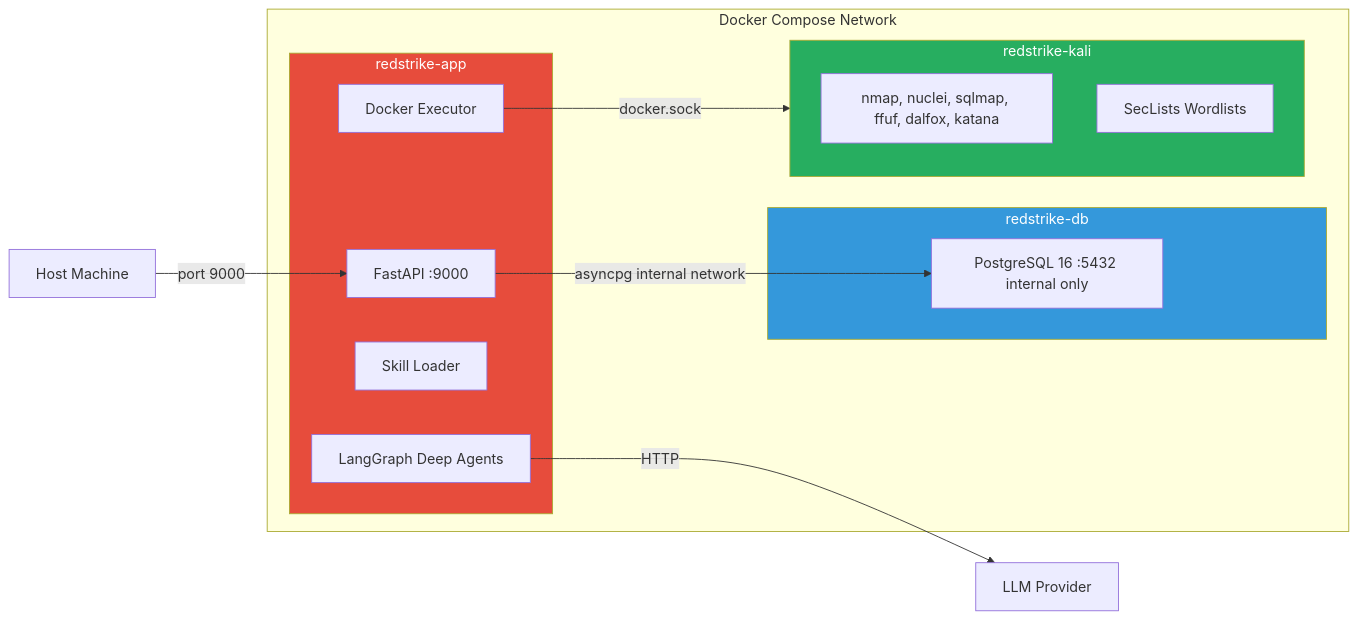
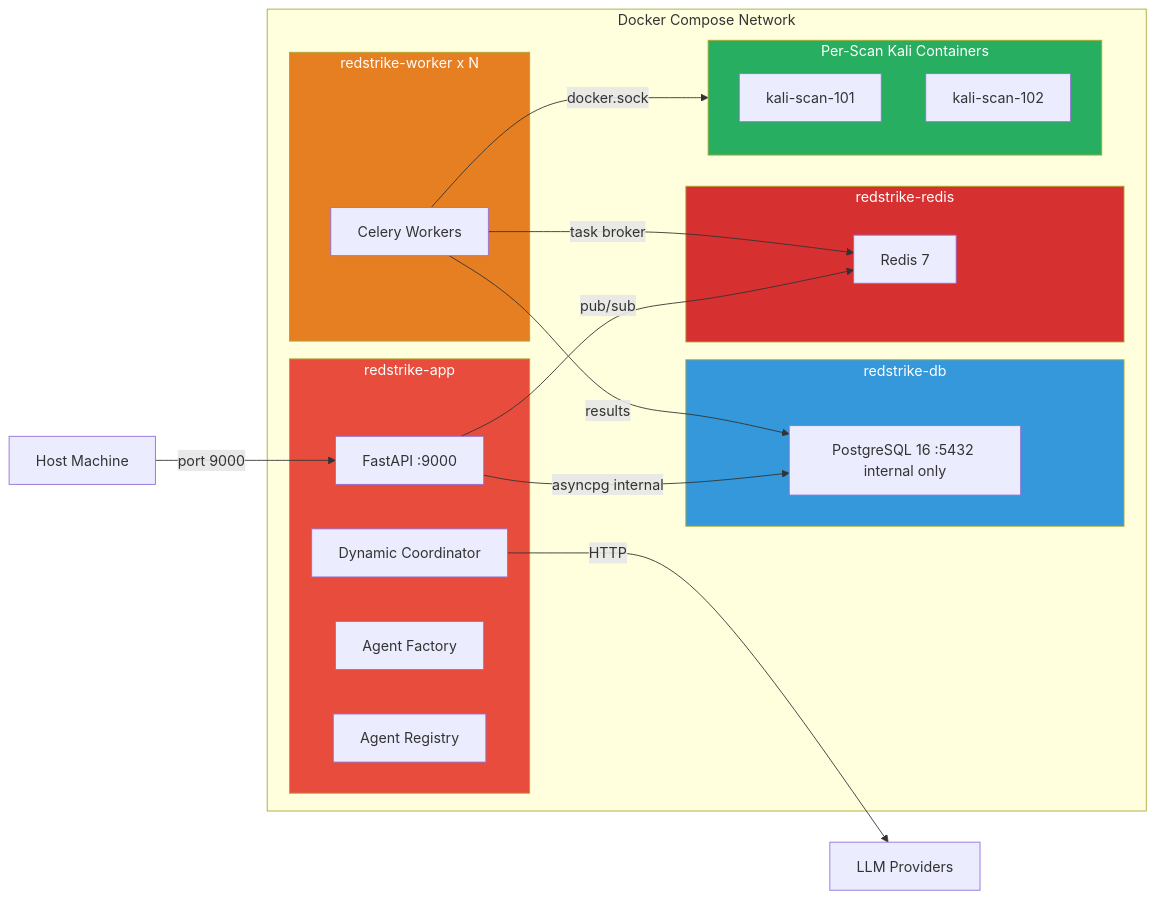
The second of 24 diagrams in docs/architecture.md (omkar-ukirde/RedStrike.AI), drawn with Mermaid before and after one commit. The commit also changed other lines of this file and 1 other file, not shown here.

Commit message:
refactor: transition to distributed architecture with Celery, Redis, and dynamic per-scan Kali containers

````diff
--- a/docs/architecture.md
+++ b/docs/architecture.md
@@ -94,29 +107,42 @@
 ```mermaid
 graph LR
     subgraph Docker["Docker Compose Network"]
         subgraph AppContainer["redstrike-app"]
             FastAPI["FastAPI :9000"]
-            AgentGraph["LangGraph Deep Agents"]
-            SkillLoader["Skill Loader"]
-            DockerExec["Docker Executor"]
+            Coordinator["Dynamic Coordinator"]
+            Factory["Agent Factory"]
+            Registry["Agent Registry"]
+        end
+
+        subgraph WorkerContainer["redstrike-worker x N"]
+            Celery["Celery Workers"]
         end
 
         subgraph DBContainer["redstrike-db"]
             Postgres["PostgreSQL 16 :5432 internal only"]
         end
 
-        subgraph KaliContainer["redstrike-kali"]
-            Tools["nmap, nuclei, sqlmap, ffuf, dalfox, katana"]
-            SecLists["SecLists Wordlists"]
+        subgraph RedisContainer["redstrike-redis"]
+            Redis["Redis 7"]
+        end
+
+        subgraph KaliContainers["Per-Scan Kali Containers"]
+            K1["kali-scan-101"]
+            K2["kali-scan-102"]
         end
     end
 
     Host["Host Machine"] -->|port 9000| FastAPI
-    FastAPI -->|asyncpg internal network| Postgres
-    DockerExec -->|docker.sock| KaliContainer
-    AgentGraph -->|HTTP| LLM["LLM Provider"]
+    FastAPI -->|asyncpg internal| Postgres
+    FastAPI -->|pub/sub| Redis
+    Celery -->|task broker| Redis
+    Celery -->|results| Postgres
+    Celery -->|docker.sock| KaliContainers
+    Coordinator -->|HTTP| LLM["LLM Providers"]
 
     style AppContainer fill:#e74c3c,color:#fff
+    style WorkerContainer fill:#e67e22,color:#fff
     style DBContainer fill:#3498db,color:#fff
-    style KaliContainer fill:#27ae60,color:#fff
+    style RedisContainer fill:#d63031,color:#fff
+    style KaliContainers fill:#27ae60,color:#fff
 ```
````
